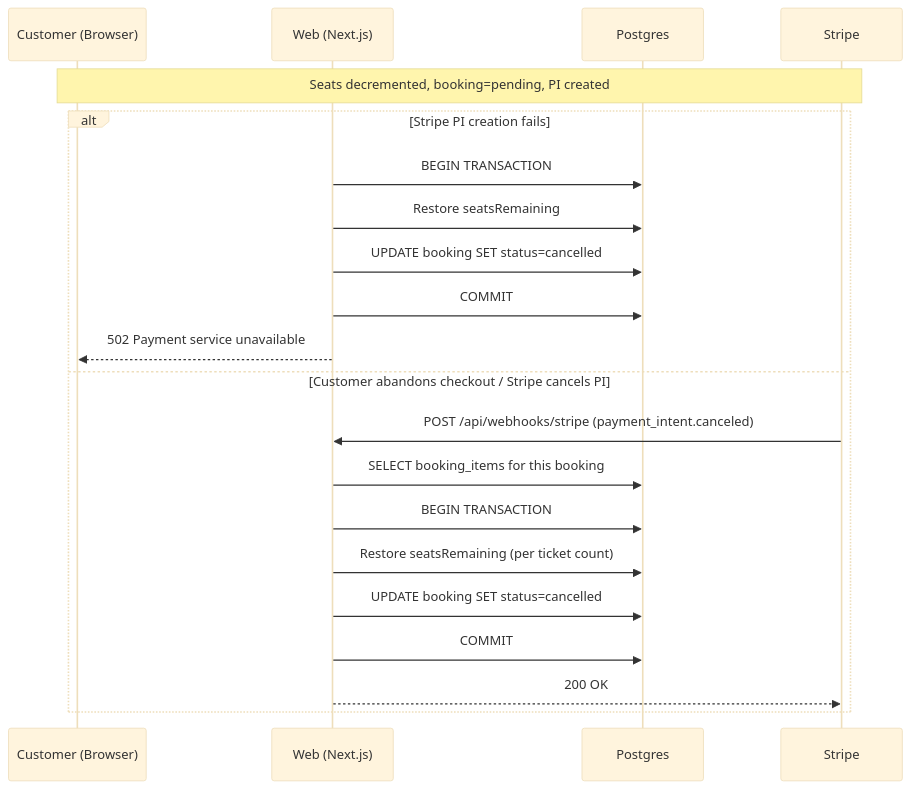
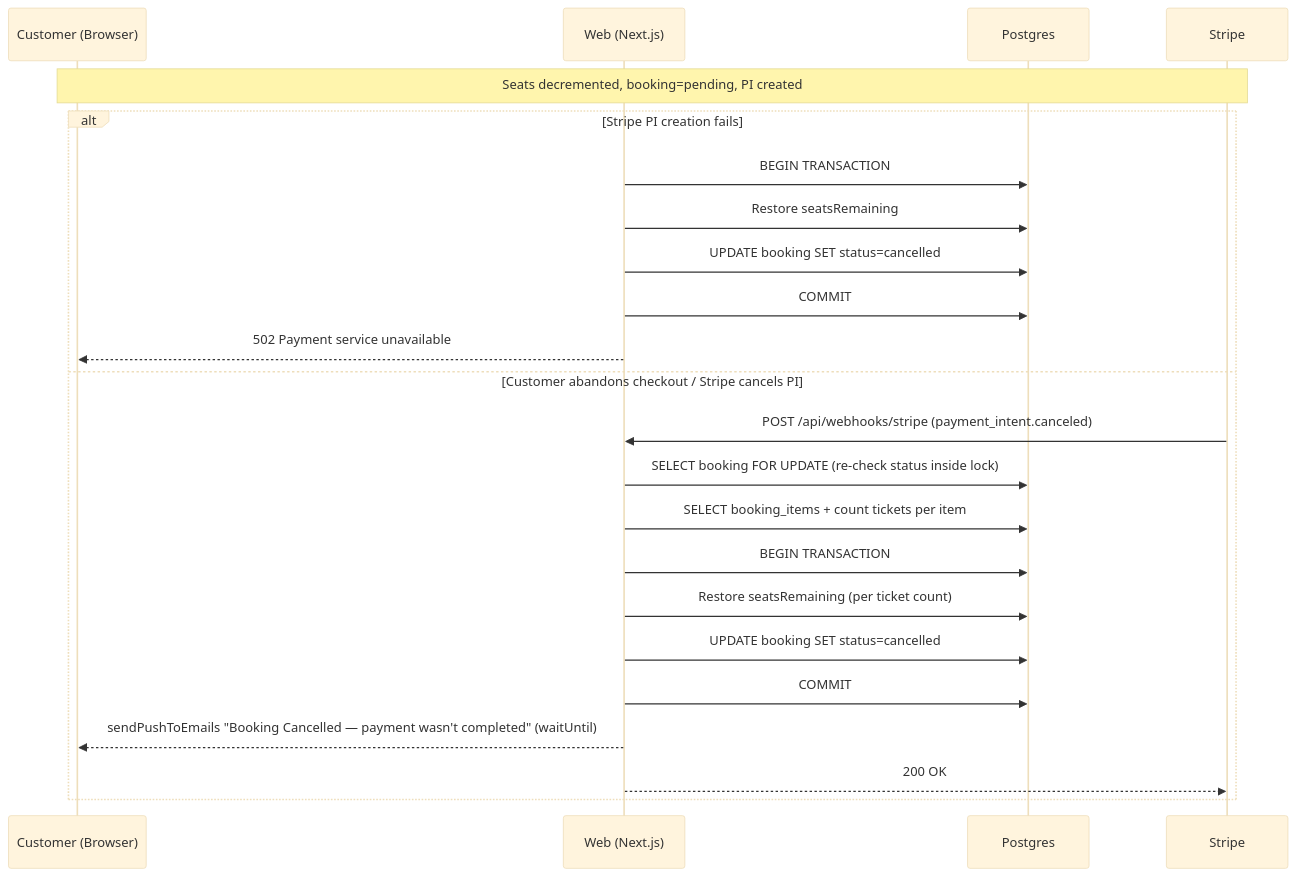
The second of 4 diagrams in docs/system-flows.md (allonyaron/open-boat-fishing), drawn with Mermaid (base theme) before and after one commit. The commit also changed other lines of this file and 9 other files, not shown here.

````diff
--- a/docs/system-flows.md
+++ b/docs/system-flows.md
@@ -53,25 +53,27 @@
 ```mermaid
 sequenceDiagram
     participant C as Customer (Browser)
     participant W as Web (Next.js)
     participant DB as Postgres
     participant S as Stripe
 
     Note over C,S: Seats decremented, booking=pending, PI created
 
     alt Stripe PI creation fails
         W->>DB: BEGIN TRANSACTION
         W->>DB: Restore seatsRemaining
         W->>DB: UPDATE booking SET status=cancelled
         W->>DB: COMMIT
         W-->>C: 502 Payment service unavailable
     else Customer abandons checkout / Stripe cancels PI
         S->>W: POST /api/webhooks/stripe  (payment_intent.canceled)
-        W->>DB: SELECT booking_items for this booking
+        W->>DB: SELECT booking FOR UPDATE (re-check status inside lock)
+        W->>DB: SELECT booking_items + count tickets per item
         W->>DB: BEGIN TRANSACTION
         W->>DB: Restore seatsRemaining (per ticket count)
         W->>DB: UPDATE booking SET status=cancelled
         W->>DB: COMMIT
+        W-->>C: sendPushToEmails "Booking Cancelled — payment wasn't completed" (waitUntil)
         W-->>S: 200 OK
     end
 ```
````
